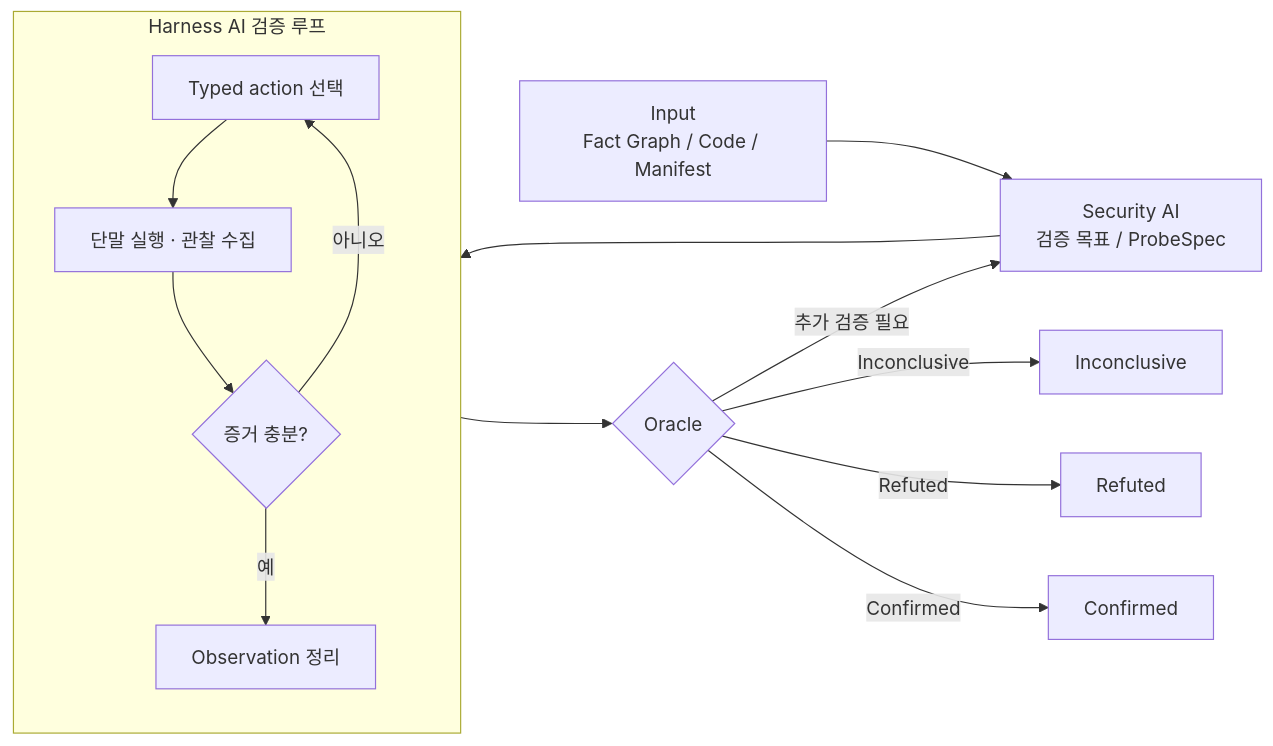
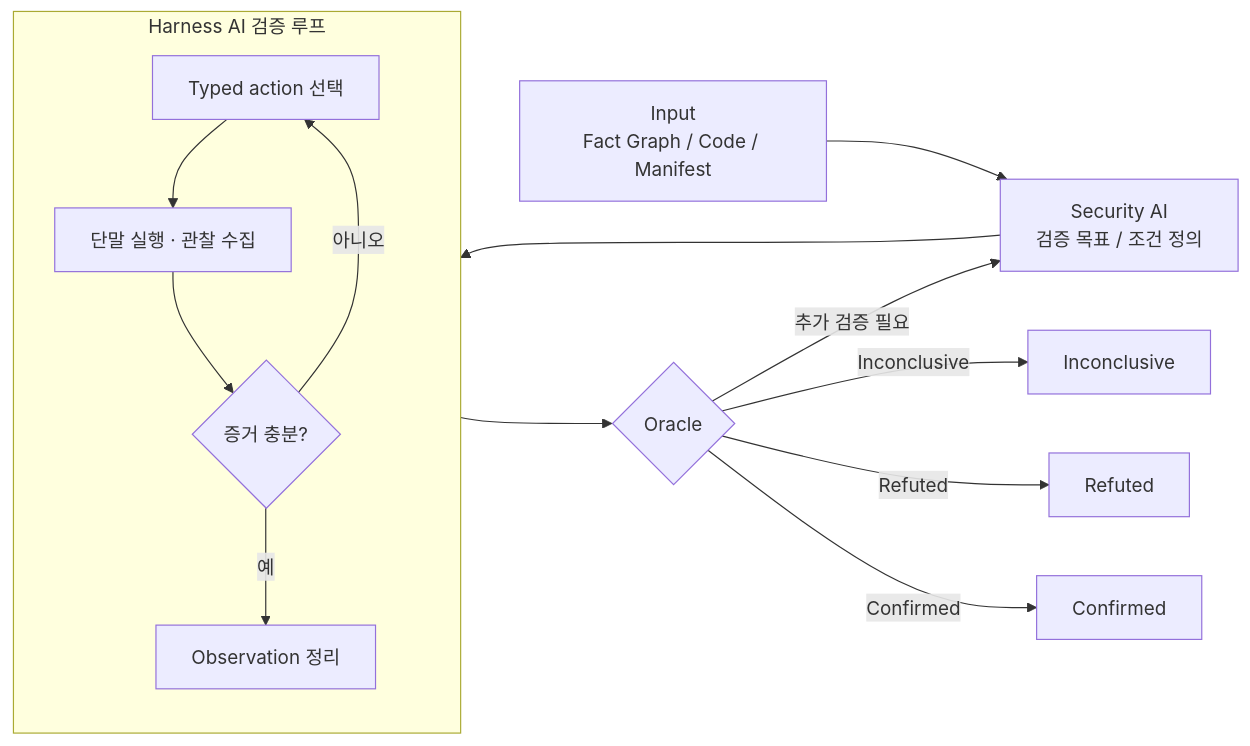
The diagram in content/decks/android-security-harness/source.md (koalav/present-anyything), drawn with Mermaid before and after one commit. The commit also changed other lines of this file and 11 other files, not shown here.

````diff
--- a/content/decks/android-security-harness/source.md
+++ b/content/decks/android-security-harness/source.md
@@ -112,19 +130,19 @@
 ```mermaid
 flowchart LR
-      A[Input<br/>Fact Graph / Code / Manifest] --> B[Security AI<br/>검증 목표 / ProbeSpec]
+      A[Input<br/>Fact Graph / Code / Manifest] --> B[Security AI<br/>검증 목표 / 조건 정의]
       B --> H
 
       subgraph H[Harness AI 검증 루프]
         direction TB
         H1[Typed action 선택] --> H2[단말 실행 · 관찰 수집]
         H2 --> H3{증거 충분?}
         H3 -- 아니오 --> H1
         H3 -- 예 --> H4[Observation 정리]
       end
 
       H --> O{Oracle}
       O -- Confirmed --> C[Confirmed]
       O -- Refuted --> R[Refuted]
       O -- Inconclusive --> I[Inconclusive]
       O -- 추가 검증 필요 --> B
 ```
````
